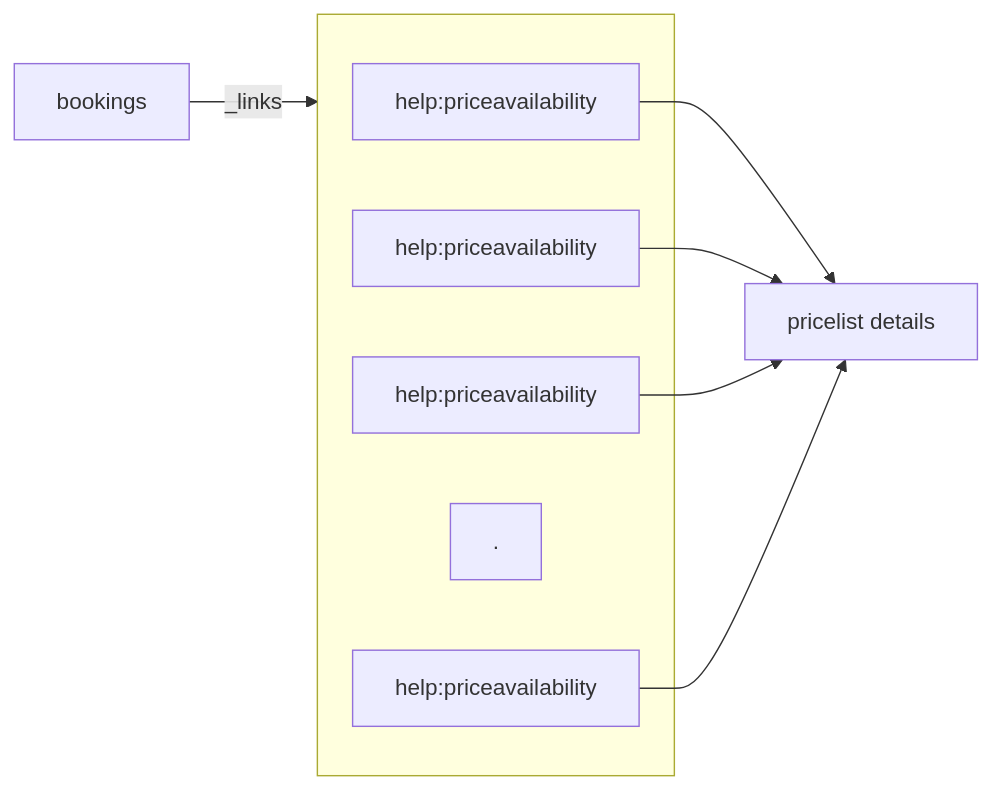
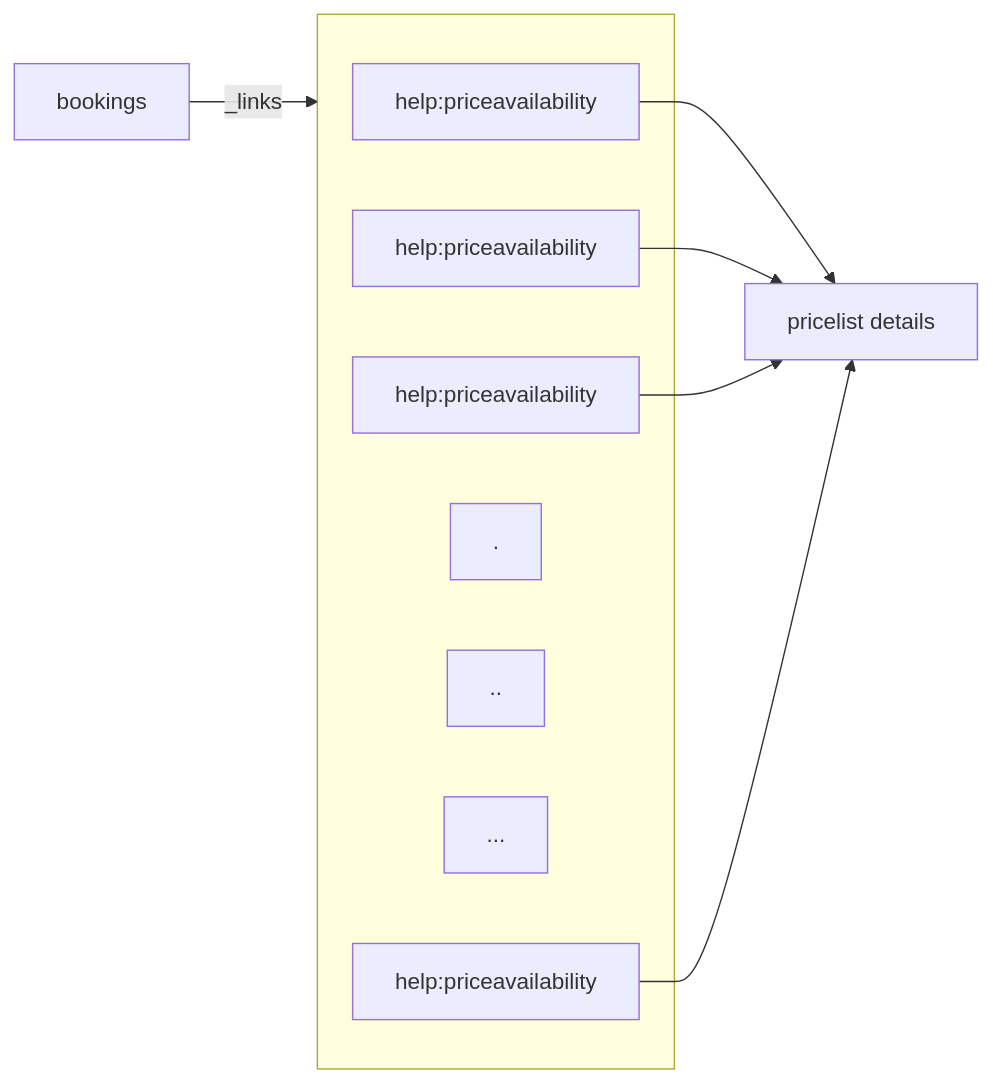
The diagram in setup/tourpaq-web-booking-technical-documentation/check-out-flow-customer-center-for-a-la-carte.md (supporttpq/docs360), drawn with Mermaid before and after one commit.

Commit message:
GITBOOK-1394: No subject

````diff
--- a/setup/tourpaq-web-booking-technical-documentation/check-out-flow-customer-center-for-a-la-carte.md
+++ b/setup/tourpaq-web-booking-technical-documentation/check-out-flow-customer-center-for-a-la-carte.md
@@ -80,17 +80,17 @@
 ```mermaid
 flowchart LR
     B["bookings"] -- "_links" --> PA
     subgraph PA [" "]
         P1["help:priceavailability"]
         P2["help:priceavailability"]
         P3["help:priceavailability"]
                        .
-                       .
-                       .
+                       ..
+                       ...
         PN["help:priceavailability"]
     end
     P1 --> D["pricelist details"]
     P2 --> D
     P3 --> D
     PN -->  D
 ```
````
